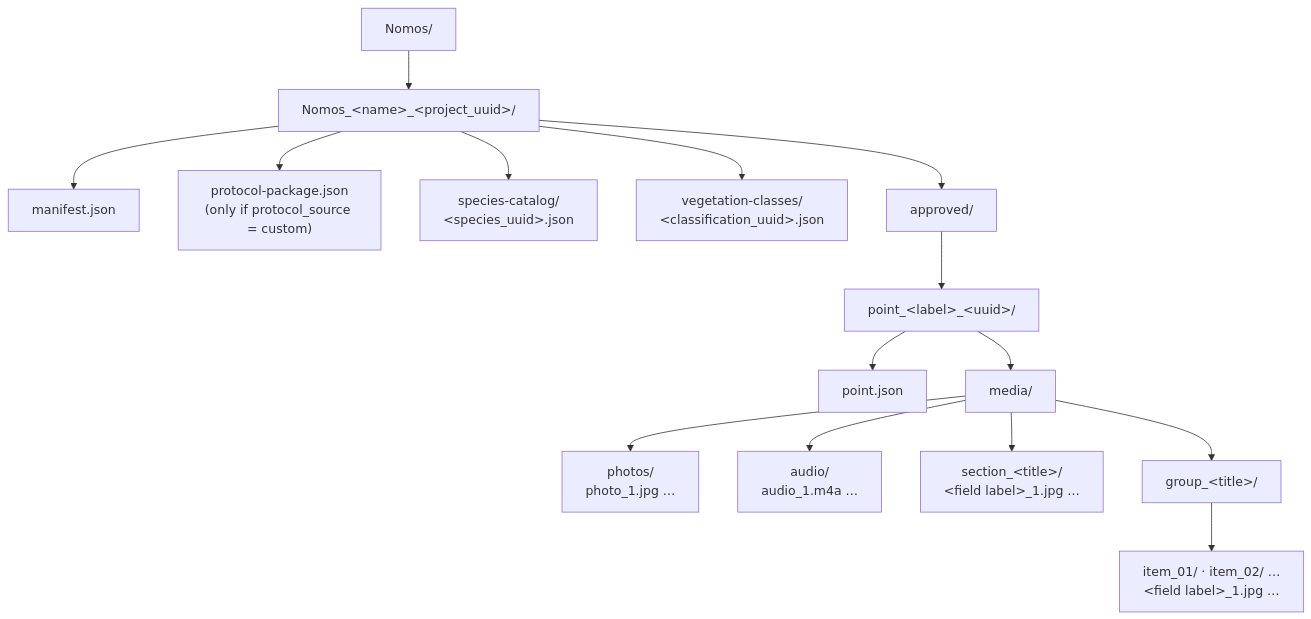
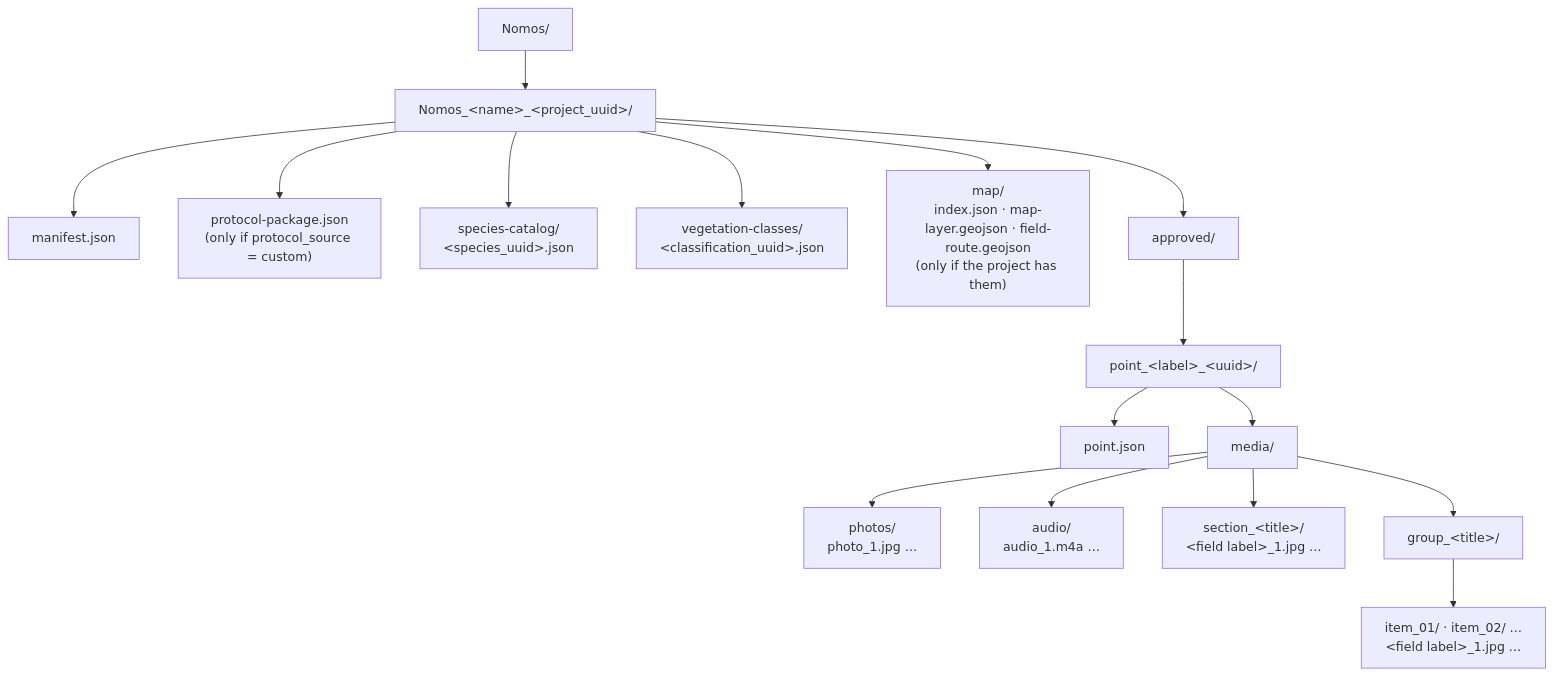
The diagram in docs/12_BACKUP_COLLABORATION.md (pablonvsx/nomos), drawn with Mermaid before and after one commit. The commit also changed other lines of this file and 27 other files, not shown here.

First line of the commit message:
feat: back up field route and map layers with project details

````diff
--- a/docs/12_BACKUP_COLLABORATION.md
+++ b/docs/12_BACKUP_COLLABORATION.md
@@ -470,17 +470,18 @@
 ```mermaid
 graph TD
     Root["Nomos/"] --> Proj["Nomos_&lt;name&gt;_&lt;project_uuid&gt;/"]
     Proj --> Manifest["manifest.json"]
     Proj --> Protocol["protocol-package.json<br/>(only if protocol_source = custom)"]
     Proj --> SpeciesCat["species-catalog/<br/>&lt;species_uuid&gt;.json"]
     Proj --> VegClasses["vegetation-classes/<br/>&lt;classification_uuid&gt;.json"]
+    Proj --> MapDir["map/<br/>index.json · map-layer.geojson · field-route.geojson<br/>(only if the project has them)"]
     Proj --> Approved["approved/"]
     Approved --> Point["point_&lt;label&gt;_&lt;uuid&gt;/"]
     Point --> PointJson["point.json"]
     Point --> Media["media/"]
     Media --> Photos["photos/<br/>photo_1.jpg …"]
     Media --> Audio["audio/<br/>audio_1.m4a …"]
     Media --> Section["section_&lt;title&gt;/<br/>&lt;field label&gt;_1.jpg …"]
     Media --> Group["group_&lt;title&gt;/"]
     Group --> Item["item_01/ · item_02/ …<br/>&lt;field label&gt;_1.jpg …"]
 ```
````
